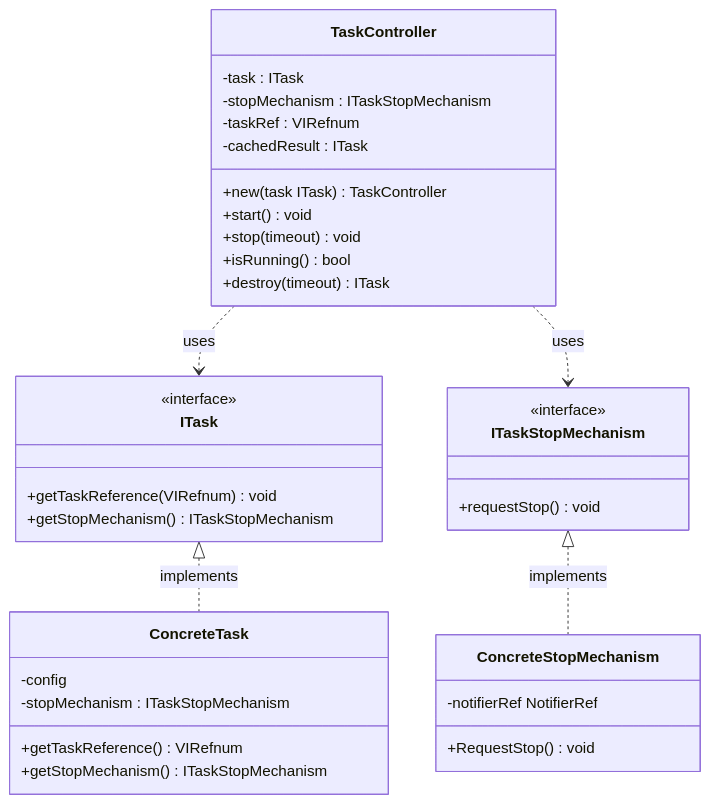
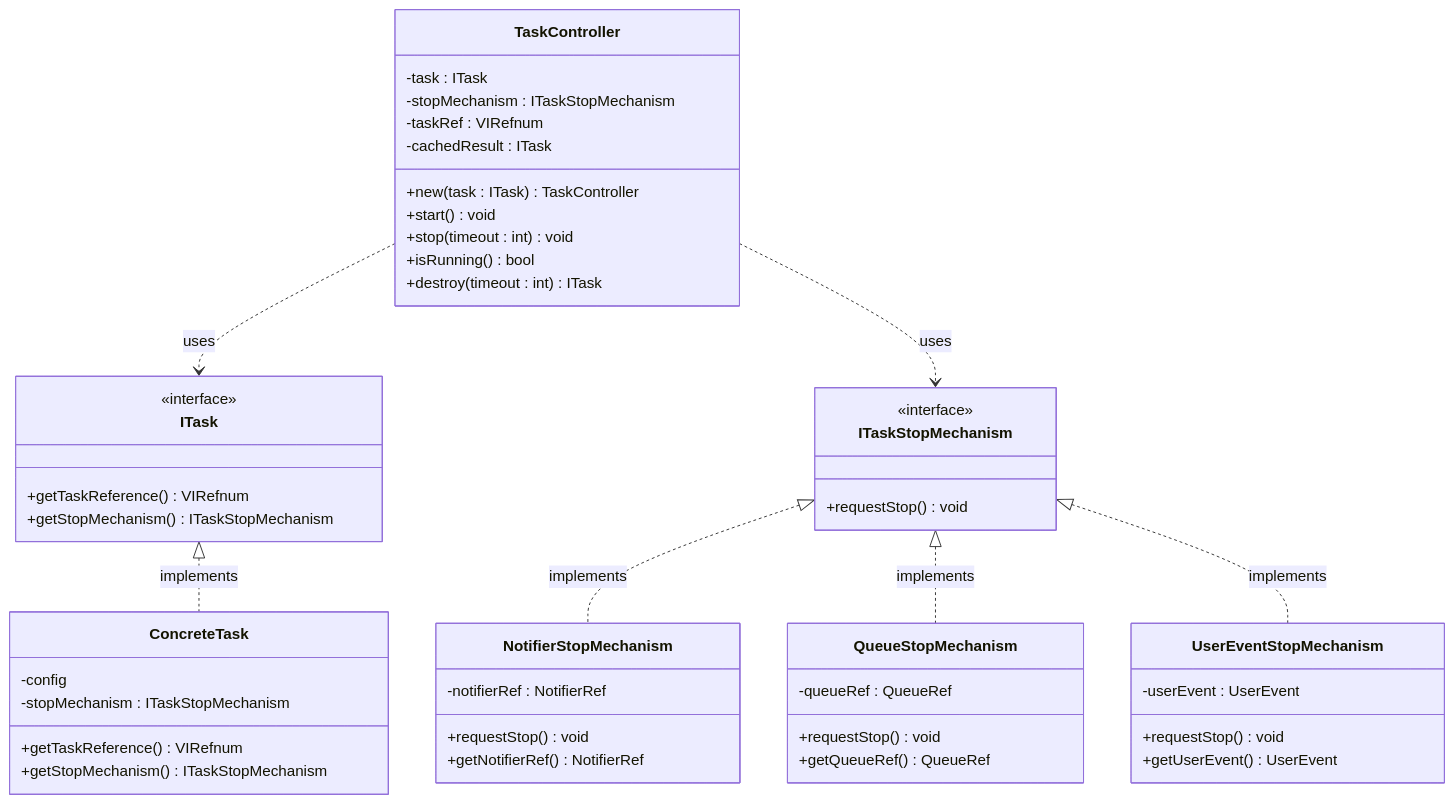
Before and after one commit to andcadev/TLC_Daemon: the diagram in README.md, drawn with Mermaid. The commit also changed other lines of this file, not shown here.

````diff
--- a/README.md
+++ b/README.md
@@ -40,42 +40,50 @@
 ```mermaid
 classDiagram
     class ITask {
         <<interface>>
-        +getTaskReference(VIRefnum) void
+        +getTaskReference() VIRefnum
         +getStopMechanism() ITaskStopMechanism
     }
-
     class ITaskStopMechanism {
         <<interface>>
         +requestStop() void
     }
-
     class TaskController {
         -task : ITask
         -stopMechanism : ITaskStopMechanism
         -taskRef : VIRefnum
         -cachedResult : ITask
-        +new(task ITask) TaskController
+        +new(task : ITask) TaskController
         +start() void
-        +stop(timeout) void
+        +stop(timeout : int) void
         +isRunning() bool
-        +destroy(timeout) ITask
+        +destroy(timeout : int) ITask
     }
-
     class ConcreteTask {
         -config
         -stopMechanism : ITaskStopMechanism
         +getTaskReference() VIRefnum
         +getStopMechanism() ITaskStopMechanism
     }
-
-    class ConcreteStopMechanism {
-        -notifierRef NotifierRef
-        +RequestStop() void
+    class NotifierStopMechanism {
+        -notifierRef : NotifierRef
+        +requestStop() void
+        +getNotifierRef() NotifierRef
     }
-
+    class QueueStopMechanism {
+        -queueRef : QueueRef
+        +requestStop() void
+        +getQueueRef() QueueRef
+    }
+    class UserEventStopMechanism {
+        -userEvent : UserEvent
+        +requestStop() void
+        +getUserEvent() UserEvent
+    }
     ITask <|.. ConcreteTask : implements
-    ITaskStopMechanism <|.. ConcreteStopMechanism : implements
+    ITaskStopMechanism <|.. NotifierStopMechanism : implements
+    ITaskStopMechanism <|.. QueueStopMechanism : implements
+    ITaskStopMechanism <|.. UserEventStopMechanism : implements
     TaskController ..> ITask : uses
     TaskController ..> ITaskStopMechanism : uses
 ```
````
